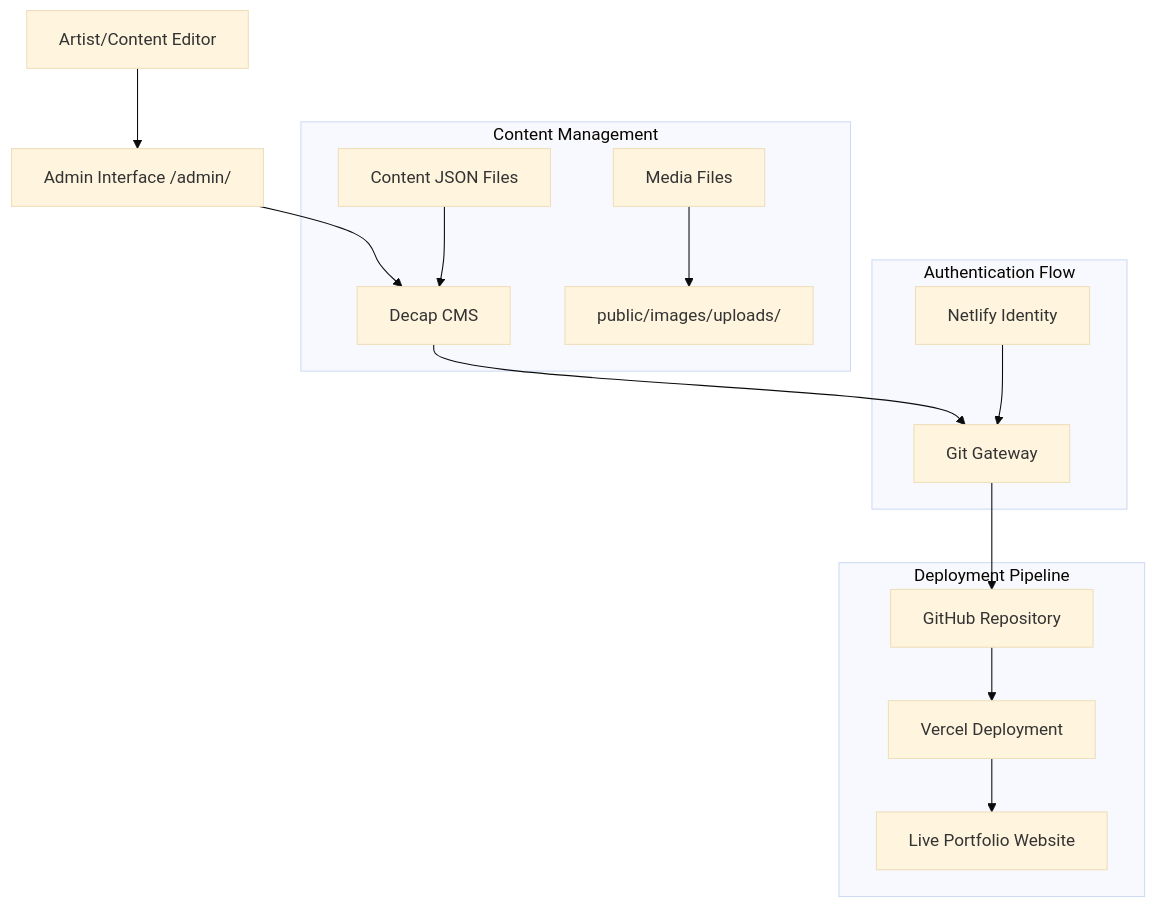
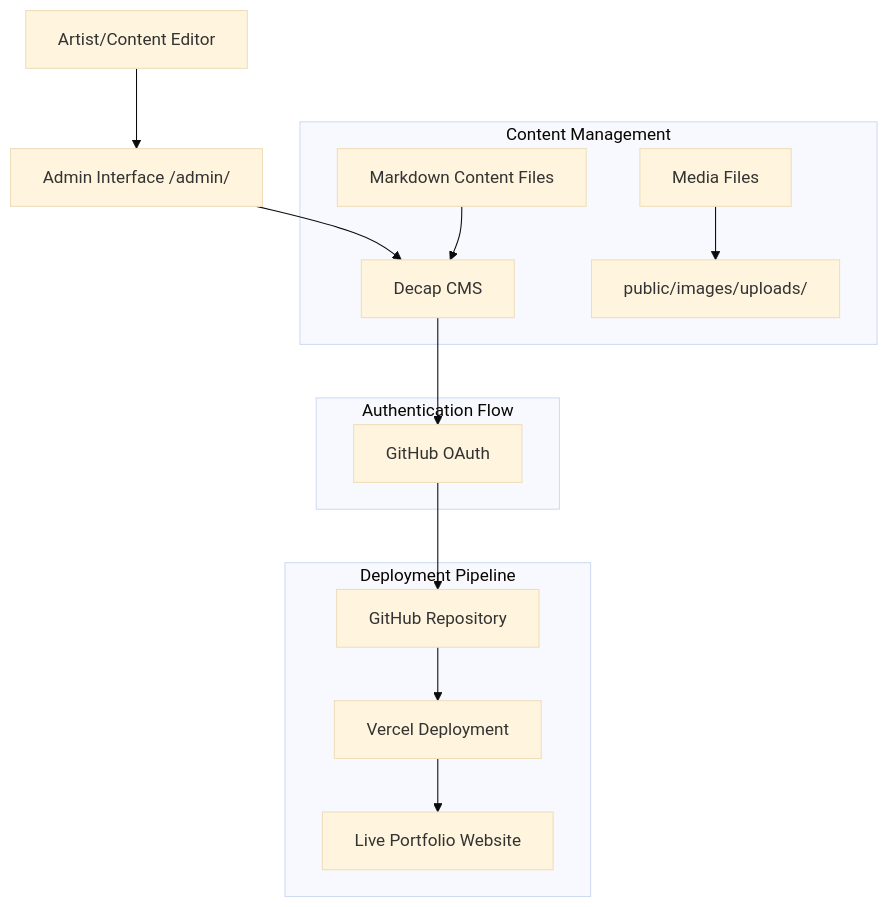
One commit to jjola00/amyWeb changed the diagram in .kiro/specs/decap-cms-integration/design.md. Above: the diagram before and after it, drawn with Mermaid (base theme). The commit also changed other lines of this file and 2 other files, not shown here.

````diff
--- a/.kiro/specs/decap-cms-integration/design.md
+++ b/.kiro/specs/decap-cms-integration/design.md
@@ -13,31 +13,29 @@
 ```mermaid
 graph TB
     A[Artist/Content Editor] --> B[Admin Interface /admin/]
     B --> C[Decap CMS]
-    C --> D[Git Gateway]
+    C --> D[GitHub OAuth]
     D --> E[GitHub Repository]
     E --> F[Vercel Deployment]
     F --> G[Live Portfolio Website]
     
-    H[Netlify Identity] --> D
-    I[Content JSON Files] --> C
+    I[Markdown Content Files] --> C
     J[Media Files] --> K[public/images/uploads/]
     
     subgraph "Authentication Flow"
-        H
         D
     end
     
     subgraph "Content Management"
         I
         C
         J
         K
     end
     
     subgraph "Deployment Pipeline"
         E
         F
         G
     end
 ```
````
